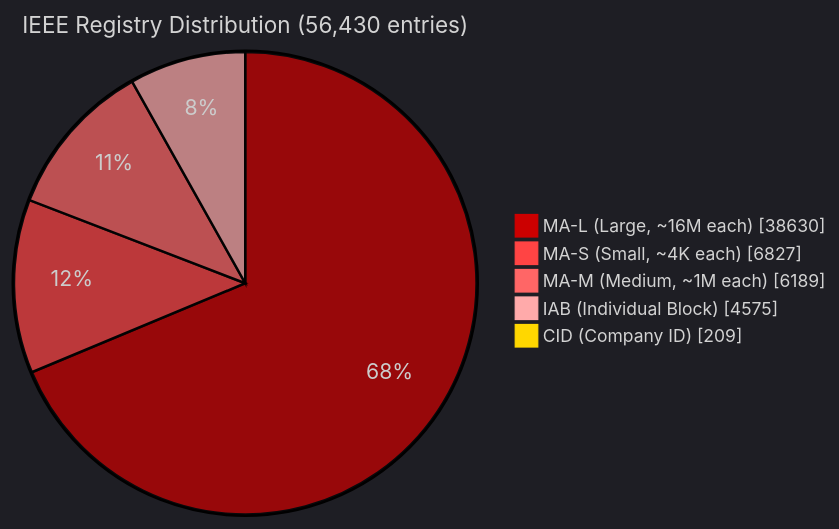
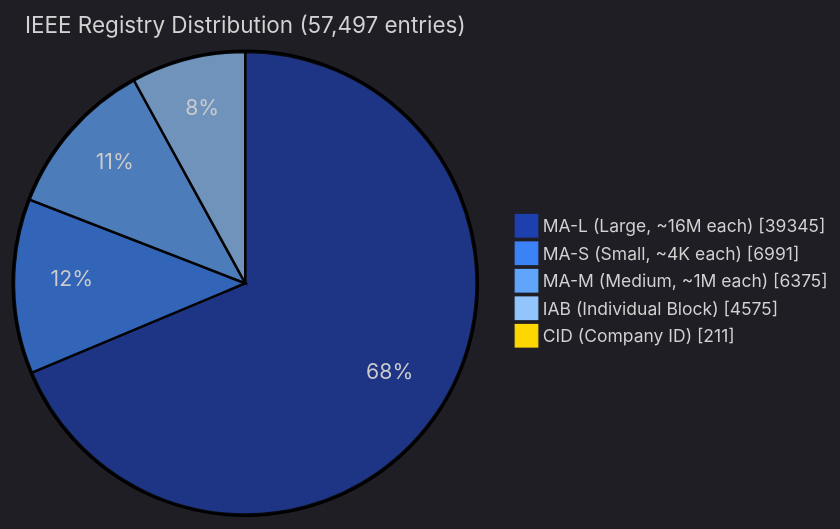
Before and after one commit to user7321347/OUI-Master-Database: the third of 5 diagrams in README.md, drawn with Mermaid. The commit also changed other lines of this file and 4 other files, not shown here.

````diff
--- a/README.md
+++ b/README.md
@@ -118,10 +129,10 @@
 ```mermaid
-%%{init: {'theme':'dark', 'themeVariables': {'pie1':'#CC0000','pie2':'#FF4444','pie3':'#FF6666','pie4':'#FFAAAA','pie5':'#FFD700','pieTitleTextSize':'18px','pieLegendTextSize':'14px'}}}%%
+%%{init: {'theme':'dark', 'themeVariables': {'pie1':'#1E40AF','pie2':'#3B82F6','pie3':'#60A5FA','pie4':'#93C5FD','pie5':'#FFD700','pieTitleTextSize':'18px','pieLegendTextSize':'14px'}}}%%
 pie showData
-    title IEEE Registry Distribution (56,430 entries)
-    "MA-L (Large, ~16M each)" : 38630
-    "MA-S (Small, ~4K each)" : 6827
-    "MA-M (Medium, ~1M each)" : 6189
+    title IEEE Registry Distribution (57,497 entries)
+    "MA-L (Large, ~16M each)" : 39345
+    "MA-S (Small, ~4K each)" : 6991
+    "MA-M (Medium, ~1M each)" : 6375
     "IAB (Individual Block)" : 4575
-    "CID (Company ID)" : 209
+    "CID (Company ID)" : 211
 ```
````
